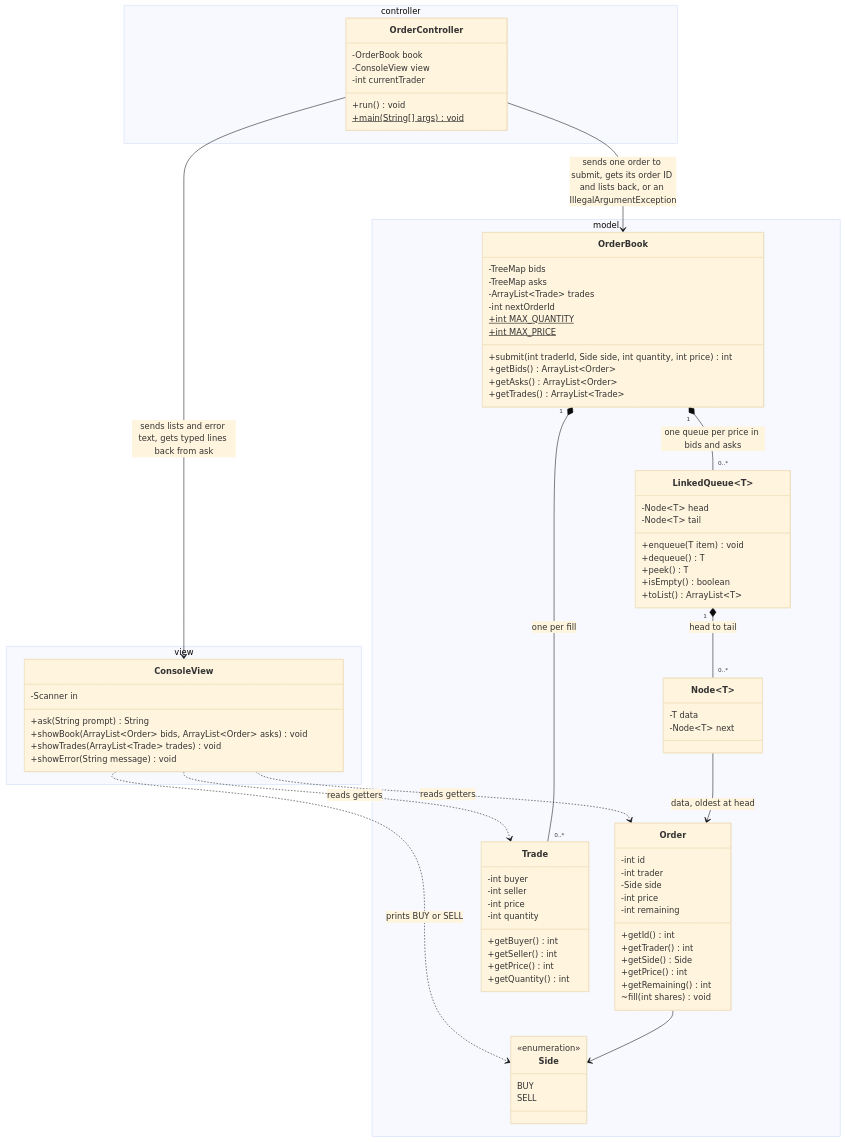
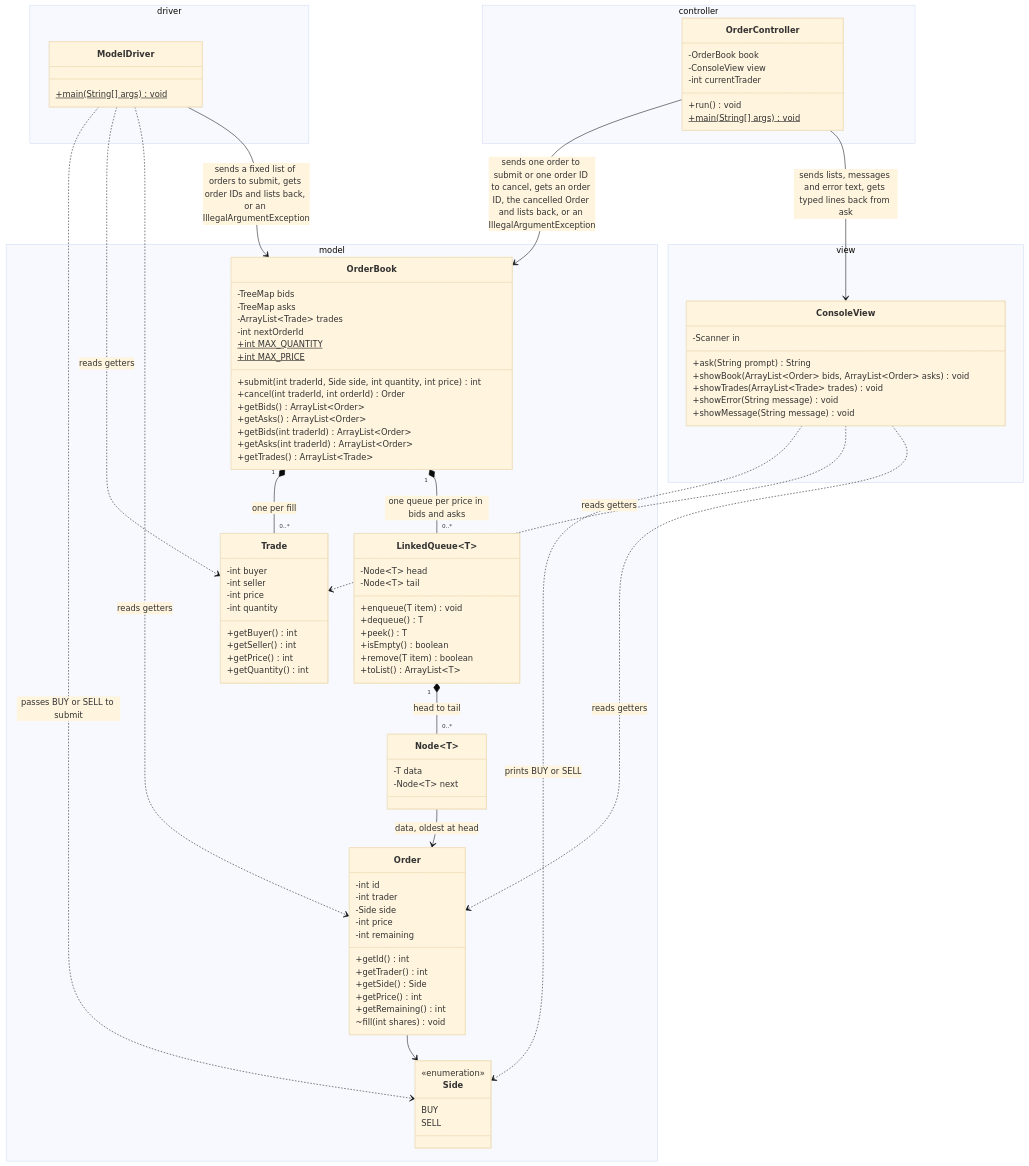
The diagram in Preliminary Spec.md (DRMarcosVT/project-3-group-83), drawn with Mermaid (base theme) before and after one commit. The commit also changed other lines of this file and 2 other files, not shown here.

````diff
--- a/Preliminary Spec.md
+++ b/Preliminary Spec.md
@@ -25,6 +25,11 @@
 ```mermaid
 classDiagram
     direction TB
+    namespace driver {
+        class ModelDriver {
+            +main(String[] args) void$
+        }
+    }
     namespace view {
         class ConsoleView {
             -Scanner in
@@ -32,6 +37,7 @@
             +showBook(ArrayList~Order~ bids, ArrayList~Order~ asks) void
             +showTrades(ArrayList~Trade~ trades) void
             +showError(String message) void
+            +showMessage(String message) void
         }
     }
     namespace controller {
@@ -52,8 +58,11 @@
             +int MAX_QUANTITY$
             +int MAX_PRICE$
             +submit(int traderId, Side side, int quantity, int price) int
+            +cancel(int traderId, int orderId) Order
             +getBids() ArrayList~Order~
             +getAsks() ArrayList~Order~
+            +getBids(int traderId) ArrayList~Order~
+            +getAsks(int traderId) ArrayList~Order~
             +getTrades() ArrayList~Trade~
         }
         class LinkedQueue~T~ {
@@ -63,6 +72,7 @@
             +dequeue() T
             +peek() T
             +isEmpty() boolean
+            +remove(T item) boolean
             +toList() ArrayList~T~
         }
         class Node~T~ {
@@ -98,8 +108,12 @@
             SELL
         }
     }
-    OrderController --> ConsoleView : sends lists and error text, gets typed lines back from ask
-    OrderController --> OrderBook : sends one order to submit, gets its order ID and lists back, or an IllegalArgumentException
+    OrderController --> ConsoleView : sends lists, messages and error text, gets typed lines back from ask
+    OrderController --> OrderBook : sends one order to submit or one order ID to cancel, gets an order ID, the cancelled Order and lists back, or an IllegalArgumentException
+    ModelDriver --> OrderBook : sends a fixed list of orders to submit, gets order IDs and lists back, or an IllegalArgumentException
+    ModelDriver ..> Order : reads getters
+    ModelDriver ..> Trade : reads getters
+    ModelDriver ..> Side : passes BUY or SELL to submit
     ConsoleView ..> Order : reads getters
     ConsoleView ..> Trade : reads getters
     ConsoleView ..> Side : prints BUY or SELL
````
